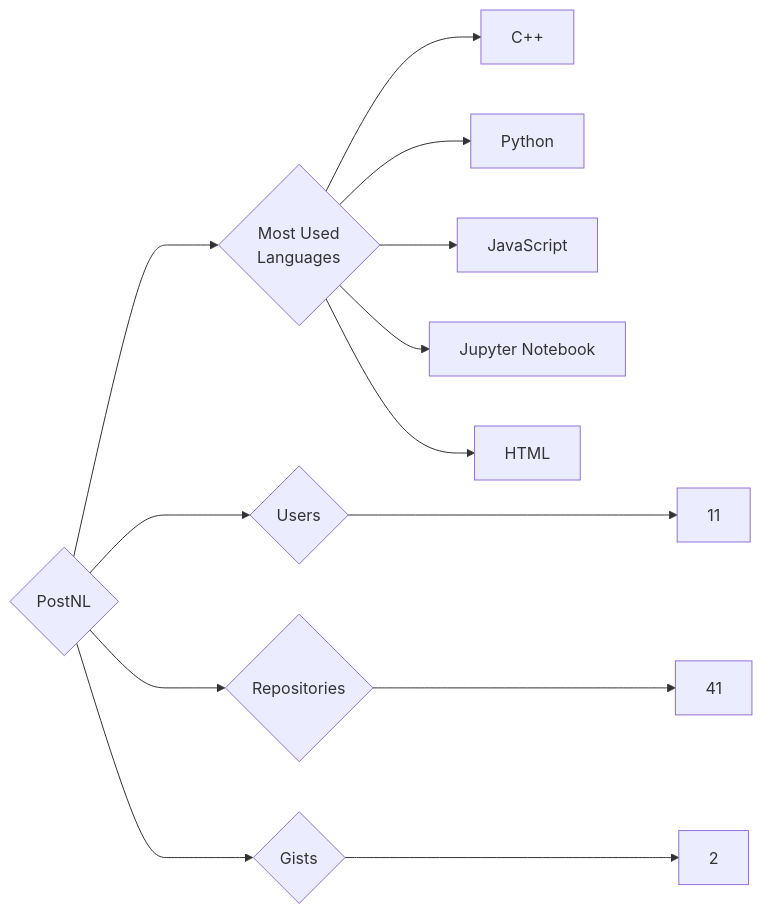
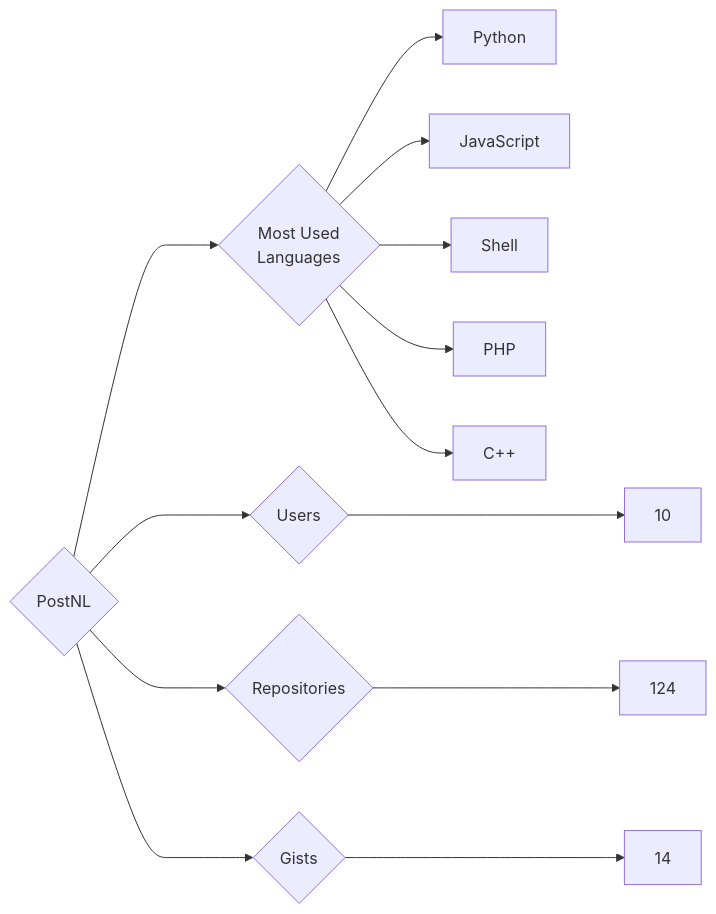
Before and after one commit to trickest/insiders: the diagram in targets/PostNL/README.md, drawn with Mermaid. The commit also changed 886 other files, not shown here.

````diff
--- a/targets/PostNL/README.md
+++ b/targets/PostNL/README.md
@@ -3,13 +3,13 @@
 ```mermaid
 graph LR
 COMPANY_NAME{PostNL}
-COMPANY_NAME ---> U{Users} ---> UN[11]
-COMPANY_NAME ---> R{Repositories} ---> RN[41]
-COMPANY_NAME ---> G{Gists} ---> GN[2]
+COMPANY_NAME ---> U{Users} ---> UN[10]
+COMPANY_NAME ---> R{Repositories} ---> RN[124]
+COMPANY_NAME ---> G{Gists} ---> GN[14]
 COMPANY_NAME ---> ML{Most Used<br>Languages}
-ML --> C++[C++]
 ML --> Python[Python]
 ML --> JavaScript[JavaScript]
-ML --> Jupyter_Notebook[Jupyter Notebook]
-ML --> HTML[HTML]
+ML --> Shell[Shell]
+ML --> PHP[PHP]
+ML --> C++[C++]
 ```
````
